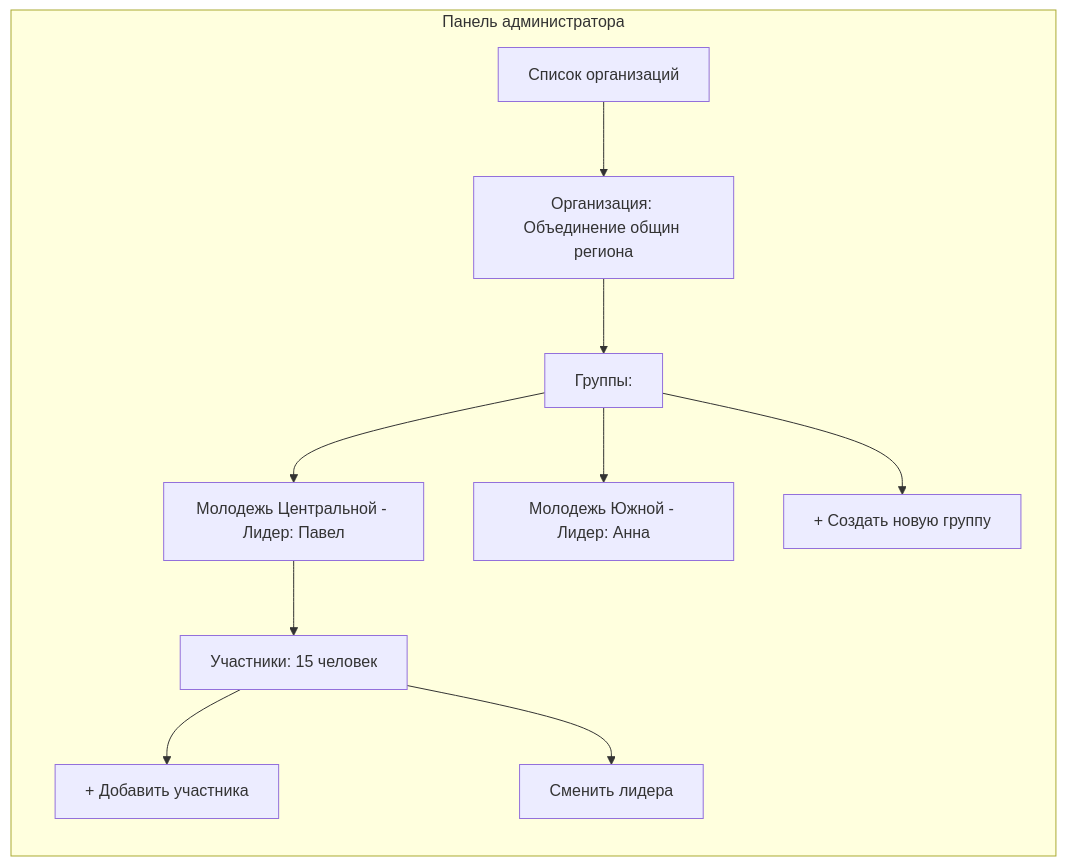
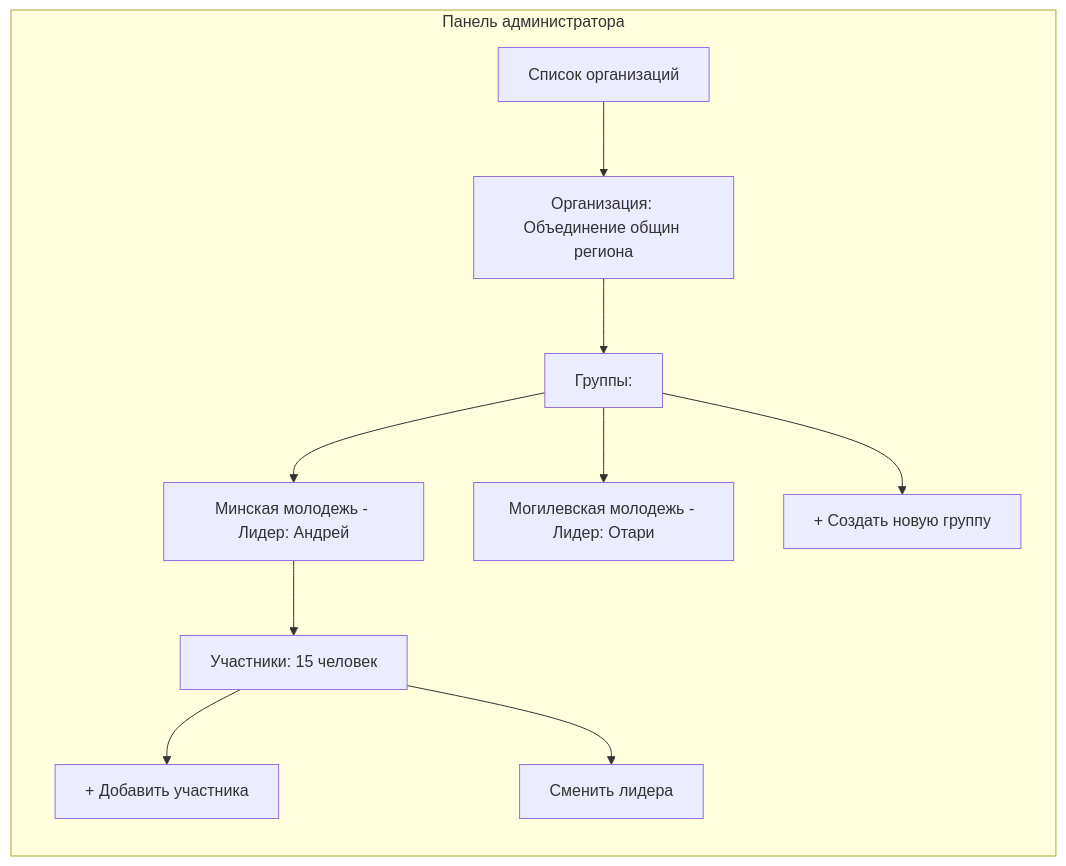
Diagram 21 of 23 in document_for_customer_ru.md (stallev/public_bible_studies_docs), drawn with Mermaid before and after one commit. The commit also changed other lines of this file, not shown here.

Commit message:
added flow diagrams4

````diff
--- a/document_for_customer_ru.md
+++ b/document_for_customer_ru.md
@@ -757,16 +757,16 @@
 ```mermaid
 flowchart TD
     subgraph admin_panel [Панель администратора]
         direction TB
         OrgList["Список организаций"]
         OrgList --> OrgDetail["Организация: Объединение общин региона"]
         OrgDetail --> GroupList["Группы:"]
-        GroupList --> Grp1["Молодежь Центральной - Лидер: Павел"]
-        GroupList --> Grp2["Молодежь Южной - Лидер: Анна"]
+        GroupList --> Grp1["Минская молодежь - Лидер: Андрей"]
+        GroupList --> Grp2["Могилевская молодежь - Лидер: Отари"]
         GroupList --> AddGroup["+ Создать новую группу"]
 
         Grp1 --> Members["Участники: 15 человек"]
         Members --> AddMember["+ Добавить участника"]
         Members --> ChangeLead["Сменить лидера"]
     end
 ```
````
